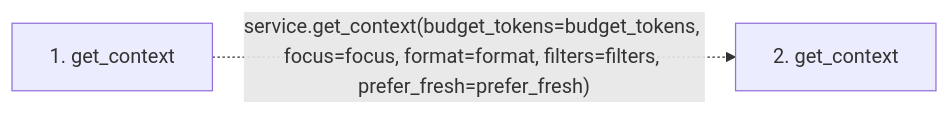
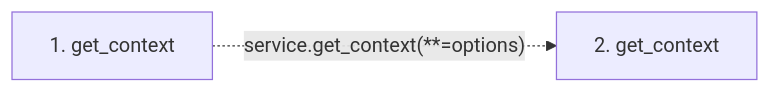
One commit to Denissvgn/python-wiki-llm changed the second of 2 diagrams in docs/llm_wiki/flows/mcp-get_context.md. Above: the diagram before and after it, drawn with Mermaid. The commit also changed other lines of this file and 364 other files, not shown here.

````diff
--- a/docs/llm_wiki/flows/mcp-get_context.md
+++ b/docs/llm_wiki/flows/mcp-get_context.md
@@ -19,7 +19,7 @@
 ```mermaid
 flowchart LR
     s1["1. get_context"]
     s2["2. get_context"]
-    s1 -. "service.get_context(budget_tokens=budget_tokens, focus=focus, format=format, filters=filters, prefer_fresh=prefer_fresh)" .-> s2
+    s1 -. "service.get_context(**=options)" .-> s2
     click s1 "../modules/mcp_server.md"
 ```
````
